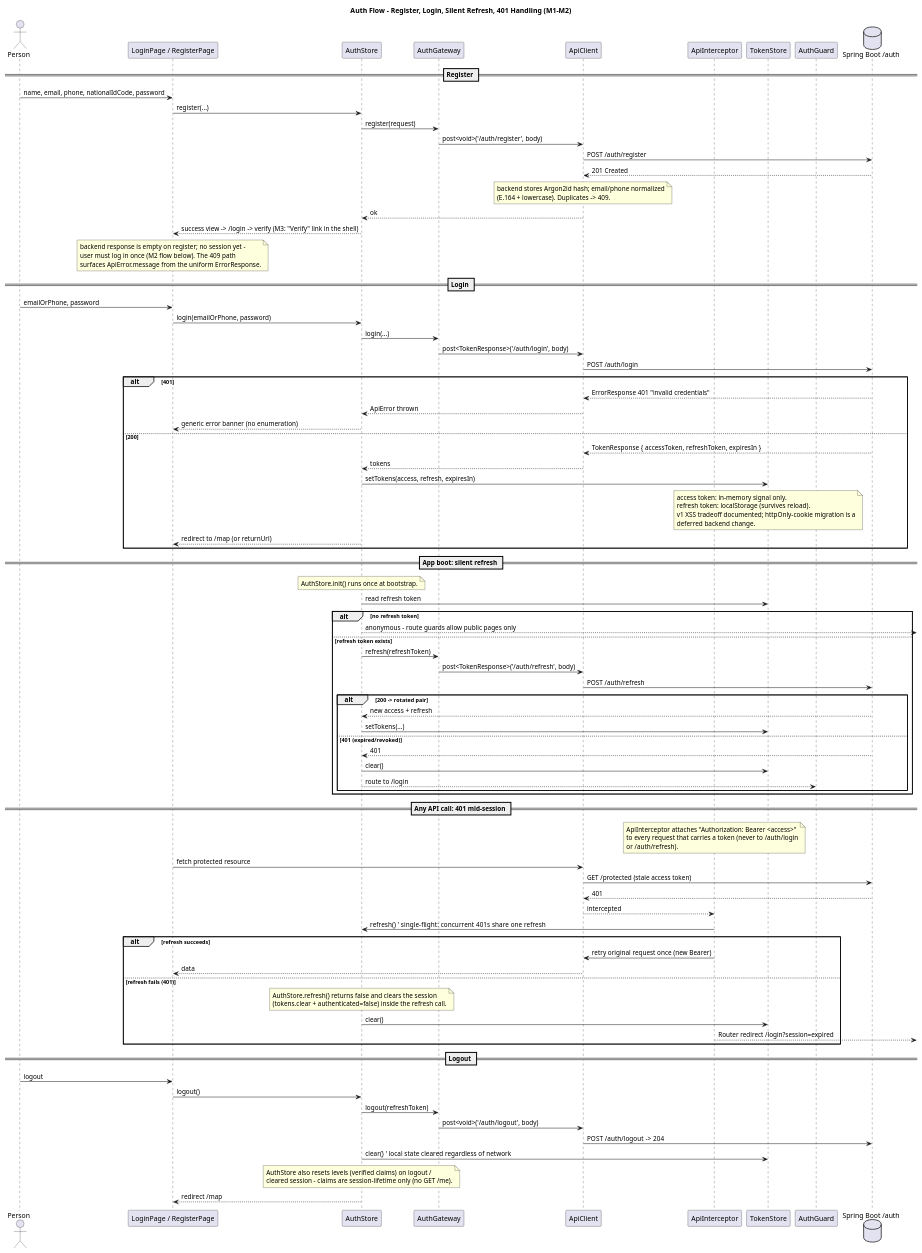
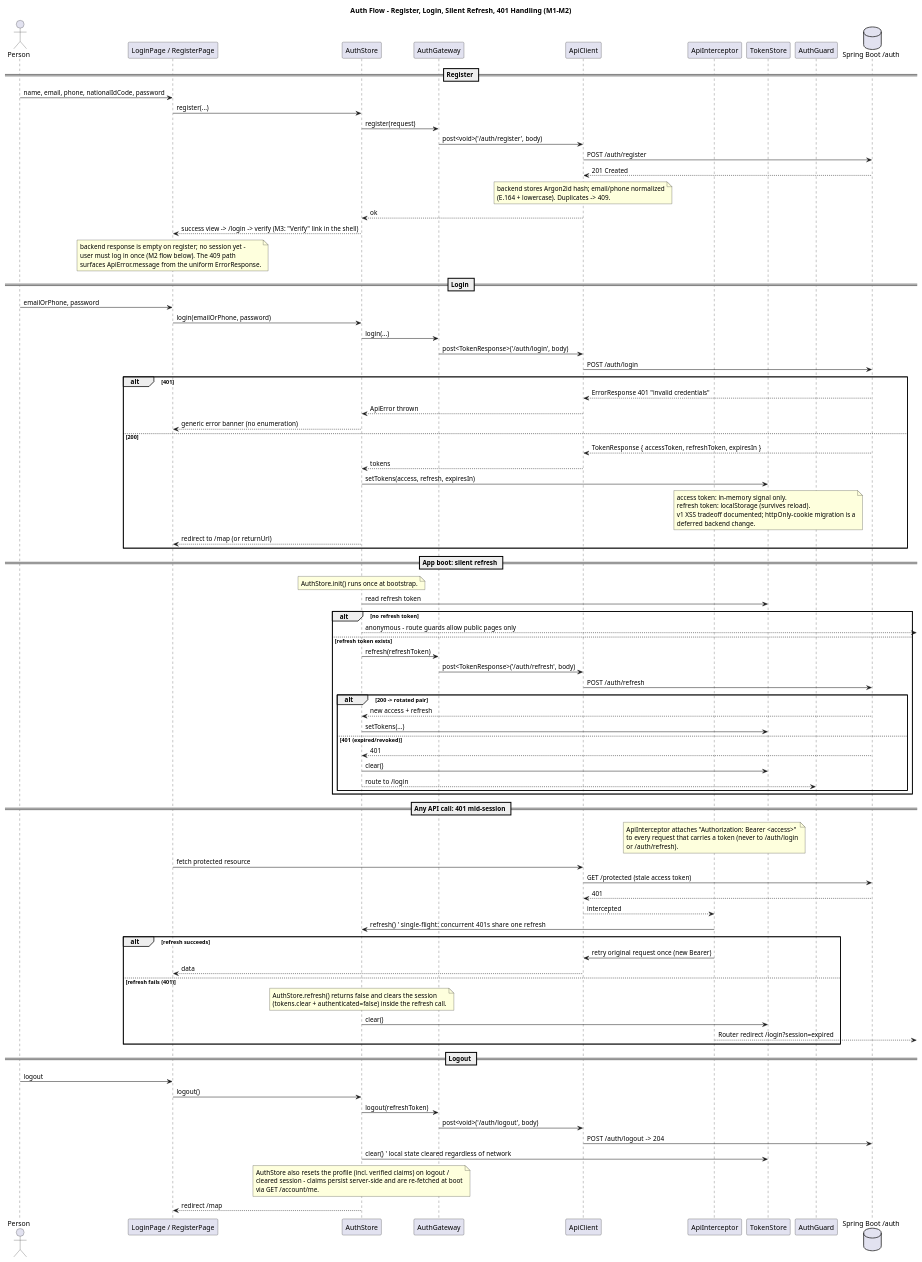
Before and after one commit to Bro223/OpenShelter: the diagram in frontend/docs/02-auth-flow.puml, drawn with PlantUML. The commit also changed 48 other files, not shown here.

```diff
--- a/frontend/docs/02-auth-flow.puml
+++ b/frontend/docs/02-auth-flow.puml
@@ -1,113 +1,114 @@
 @startuml
 title Auth Flow - Register, Login, Silent Refresh, 401 Handling (M1-M2)
 
 actor Person
 
 participant "LoginPage / RegisterPage" as PG
 participant "AuthStore" as AS
 participant "AuthGateway" as AG
 participant "ApiClient" as AC
 participant "ApiInterceptor" as AI
 participant "TokenStore" as TS
 participant "AuthGuard" as G
 database "Spring Boot /auth" as API
 
 == Register ==
 Person -> PG : name, email, phone, nationalIdCode, password
 PG -> AS : register(...)
 AS -> AG : register(request)
 AG -> AC : post<void>('/auth/register', body)
 AC -> API : POST /auth/register
 API --> AC : 201 Created
 note over AC
   backend stores Argon2id hash; email/phone normalized
   (E.164 + lowercase). Duplicates -> 409.
 end note
 AC --> AS : ok
 AS --> PG : success view -> /login -> verify (M3: "Verify" link in the shell)
 note over PG
   backend response is empty on register; no session yet -
   user must log in once (M2 flow below). The 409 path
   surfaces ApiError.message from the uniform ErrorResponse.
 end note
 
 == Login ==
 Person -> PG : emailOrPhone, password
 PG -> AS : login(emailOrPhone, password)
 AS -> AG : login(...)
 AG -> AC : post<TokenResponse>('/auth/login', body)
 AC -> API : POST /auth/login
 alt 401
   API --> AC : ErrorResponse 401 "invalid credentials"
   AC --> AS : ApiError thrown
   AS --> PG : generic error banner (no enumeration)
 else 200
   API --> AC : TokenResponse { accessToken, refreshToken, expiresIn }
   AC --> AS : tokens
   AS -> TS : setTokens(access, refresh, expiresIn)
   note over TS
     access token: in-memory signal only.
     refresh token: localStorage (survives reload).
     v1 XSS tradeoff documented; httpOnly-cookie migration is a
     deferred backend change.
   end note
   AS --> PG : redirect to /map (or returnUrl)
 end
 
 == App boot: silent refresh ==
 note over AS
   AuthStore.init() runs once at bootstrap.
 end note
 AS -> TS : read refresh token
 alt no refresh token
   AS --> : anonymous - route guards allow public pages only
 else refresh token exists
   AS -> AG : refresh(refreshToken)
   AG -> AC : post<TokenResponse>('/auth/refresh', body)
   AC -> API : POST /auth/refresh
   alt 200 -> rotated pair
     API --> AS : new access + refresh
     AS -> TS : setTokens(...)
   else 401 (expired/revoked)
     API --> AS : 401
     AS -> TS : clear()
     AS --> G : route to /login
   end
 end
 
 == Any API call: 401 mid-session ==
 note over AI
   ApiInterceptor attaches "Authorization: Bearer <access>"
   to every request that carries a token (never to /auth/login
   or /auth/refresh).
 end note
 PG -> AC : fetch protected resource
 AC -> API : GET /protected (stale access token)
 API --> AC : 401
 AC --> AI : intercepted
 AI -> AS : refresh()   ' single-flight: concurrent 401s share one refresh
 alt refresh succeeds
   AI -> AC : retry original request once (new Bearer)
   AC --> PG : data
 else refresh fails (401)
   note over AS
     AuthStore.refresh() returns false and clears the session
     (tokens.clear + authenticated=false) inside the refresh call.
   end note
   AS -> TS : clear()
   AI --> : Router redirect /login?session=expired
 end
 
 == Logout ==
 Person -> PG : logout
 PG -> AS : logout()
 AS -> AG : logout(refreshToken)
 AG -> AC : post<void>('/auth/logout', body)
 AC -> API : POST /auth/logout  -> 204
 AS -> TS : clear()  ' local state cleared regardless of network
 note over AS
-  AuthStore also resets levels (verified claims) on logout /
-  cleared session - claims are session-lifetime only (no GET /me).
+  AuthStore also resets the profile (incl. verified claims) on logout /
+  cleared session - claims persist server-side and are re-fetched at boot
+  via GET /account/me.
 end note
 AS --> PG : redirect /map
 @enduml
```
